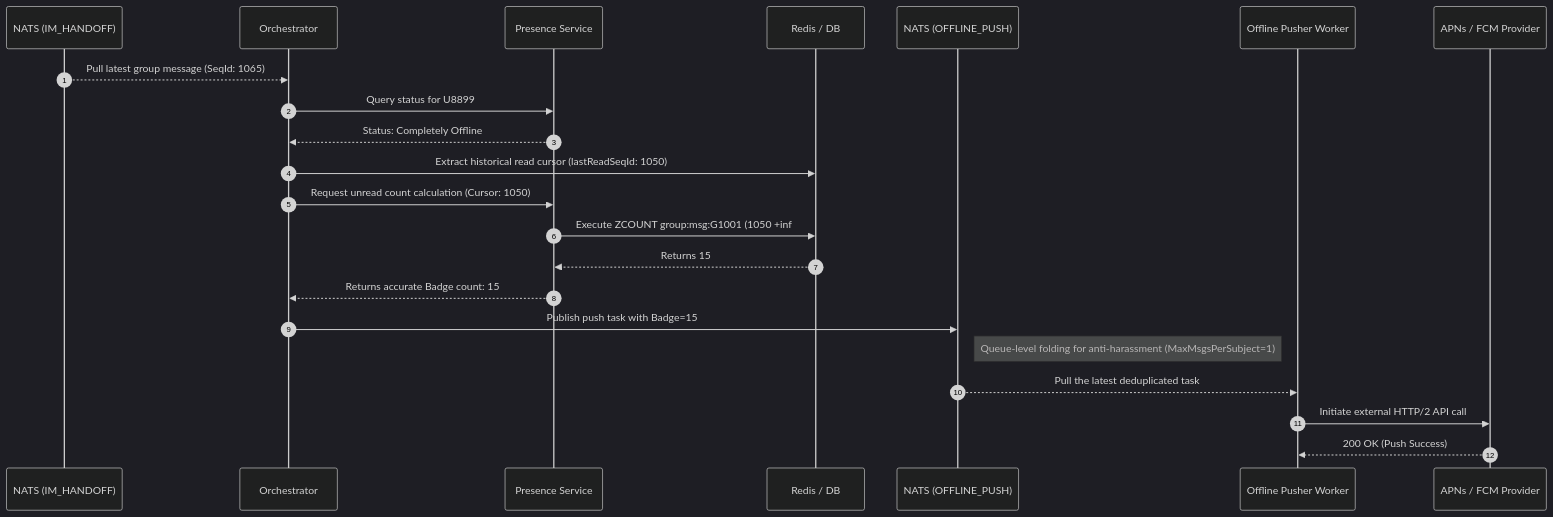
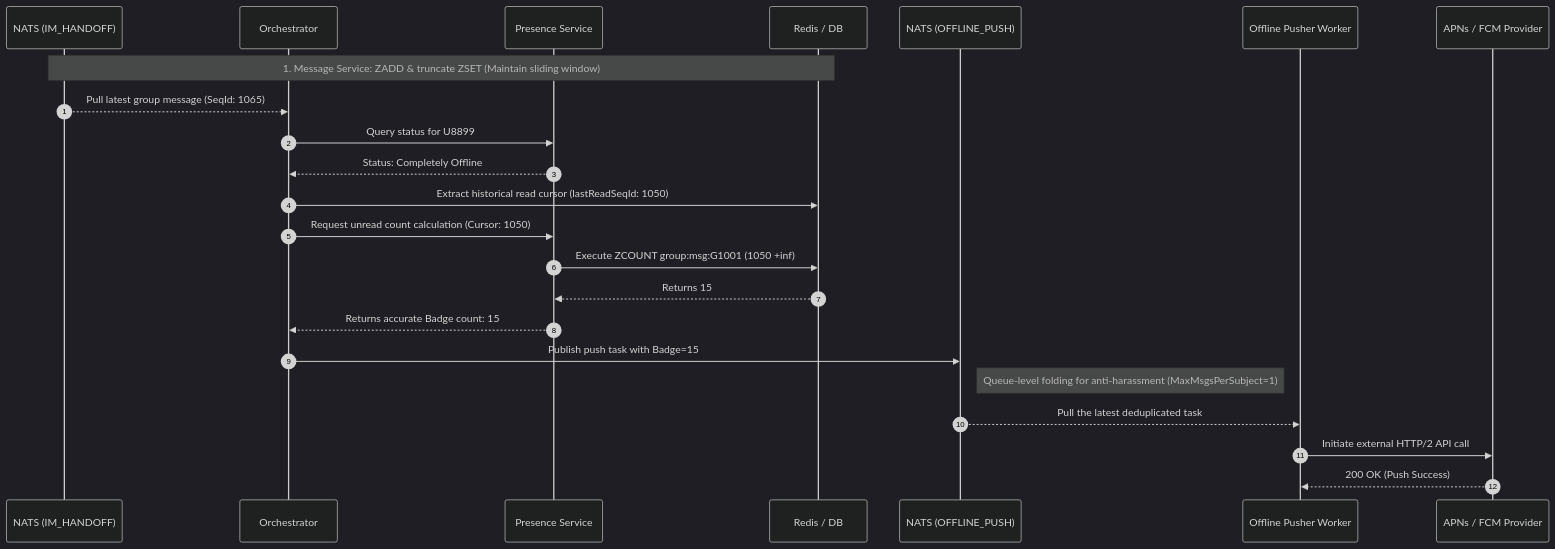
The diagram in docs/devdocs/Bussiness Logic/offline-push-badge-calculation.md (JamesWilson19970101/ocean.chat.docs), drawn with Mermaid (dark theme) before and after one commit. The commit also changed other lines of this file and 72 other files, not shown here.

First line of the commit message:
ref(docs): reorganize devdocs and update architecture decision records

````diff
--- a/docs/devdocs/Bussiness Logic/offline-push-badge-calculation.md
+++ b/docs/devdocs/Bussiness Logic/offline-push-badge-calculation.md
@@ -101,27 +117,28 @@
 ```mermaid
 sequenceDiagram
     autonumber
     participant N_IM as NATS (IM_HANDOFF)
     participant Orch as Orchestrator
     participant Presence as Presence Service
     participant Redis as Redis / DB
     participant N_OP as NATS (OFFLINE_PUSH)
     participant Worker as Offline Pusher Worker
     participant Vendor as APNs / FCM Provider
 
+    note over N_IM, Redis: 1. Message Service: ZADD & truncate ZSET (Maintain sliding window)
     N_IM-->>Orch: Pull latest group message (SeqId: 1065)
     Orch->>Presence: Query status for U8899
     Presence-->>Orch: Status: Completely Offline
     Orch->>Redis: Extract historical read cursor (lastReadSeqId: 1050)
     Orch->>Presence: Request unread count calculation (Cursor: 1050)
-    Presence->>Redis: Execute ZCOUNT group:msg:G1001 (1050 +inf
+    Presence->>Redis: Execute ZCOUNT group:msg:G1001 (1050 +inf)
     Redis-->>Presence: Returns 15
     Presence-->>Orch: Returns accurate Badge count: 15
 
     Orch->>N_OP: Publish push task with Badge=15
     note right of N_OP: Queue-level folding for anti-harassment (MaxMsgsPerSubject=1)
 
     N_OP-->>Worker: Pull the latest deduplicated task
     Worker->>Vendor: Initiate external HTTP/2 API call
     Vendor-->>Worker: 200 OK (Push Success)
 ```
````
